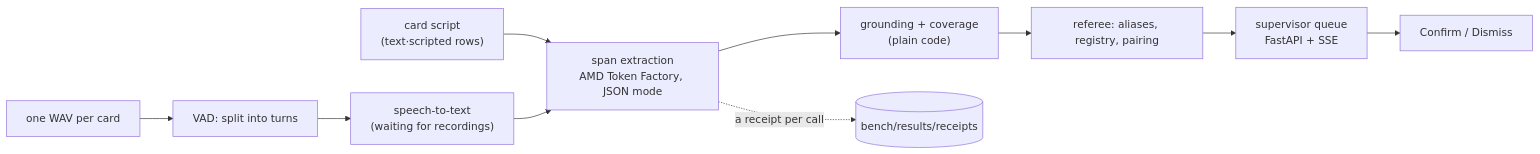
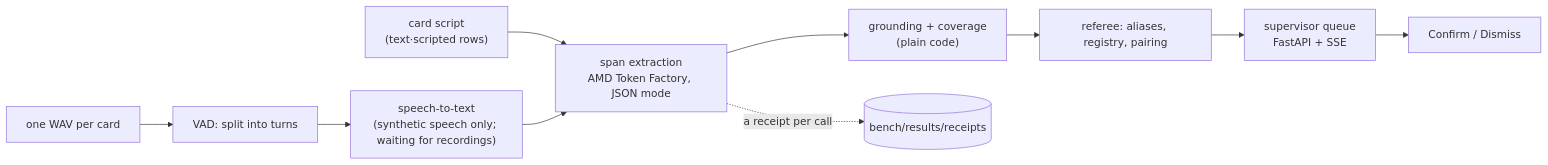
The diagram in README.md (edycutjong/sayagain), drawn with Mermaid before and after one commit. The commit also changed other lines of this file and 1 other file, not shown here.

Commit message:
docs: tts evidence review r1 — A2-030 is a false MISMATCH not an abstain, limit 8 scoped to eval rows, the protocol row states only when the run was added, the replay and the architecture chart say the speech path has run on synthetic speech only

````diff
--- a/README.md
+++ b/README.md
@@ -75,12 +75,12 @@
 ```mermaid
 flowchart LR
     W["one WAV per card"] --> V["VAD: split into turns"]
-    V --> A["speech-to-text<br/>(waiting for recordings)"]
+    V --> A["speech-to-text<br/>(synthetic speech only; waiting for recordings)"]
     T["card script<br/>(text·scripted rows)"] --> X
     A --> X["span extraction<br/>AMD Token Factory, JSON mode"]
     X --> G["grounding + coverage<br/>(plain code)"]
     G --> R["referee: aliases, registry, pairing"]
     R --> Q["supervisor queue<br/>FastAPI + SSE"]
     X -. "a receipt per call" .-> C[("bench/results/receipts")]
     Q --> D["Confirm / Dismiss"]
 ```
````
